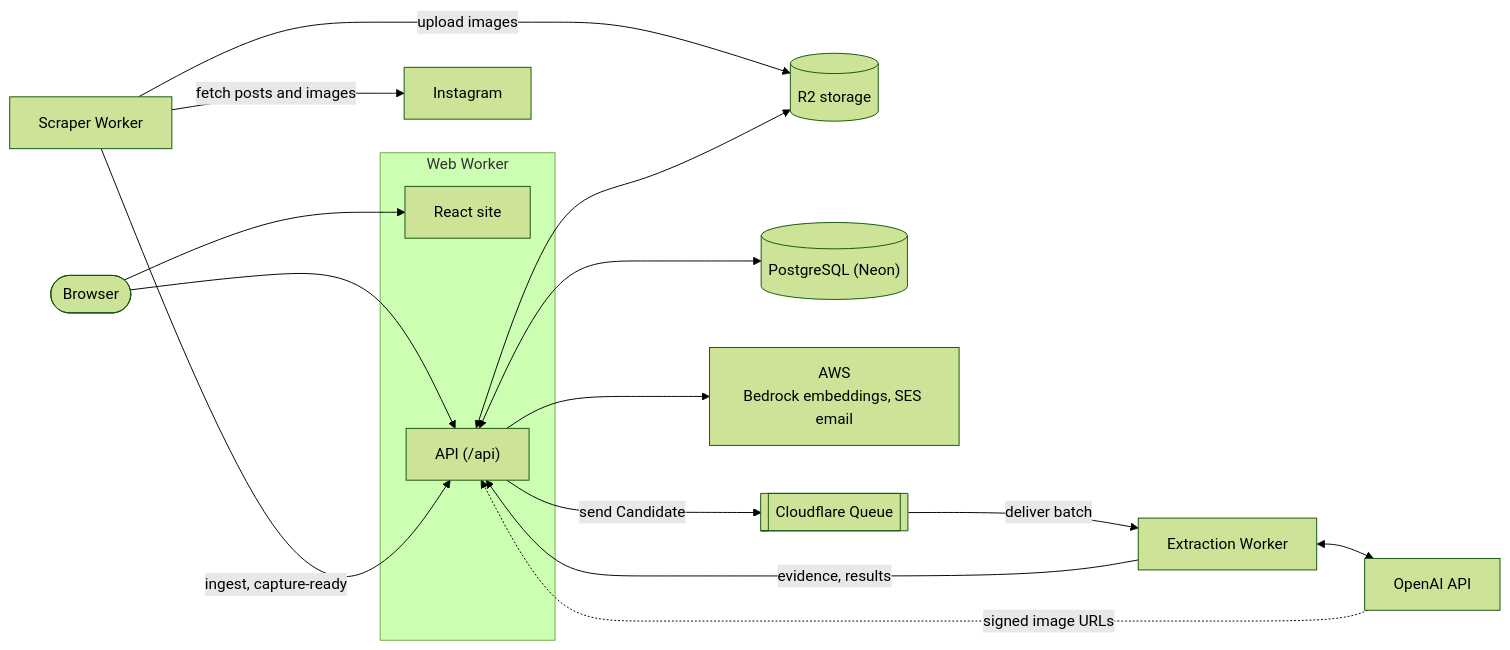
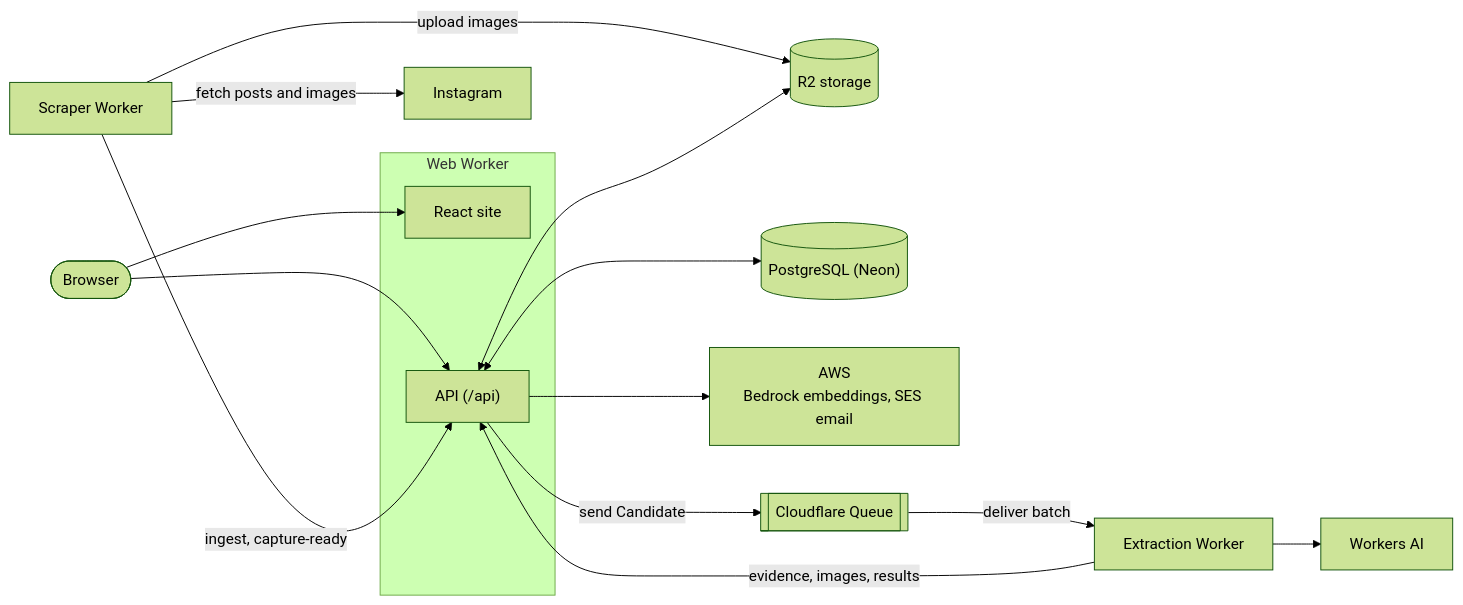
Before and after one commit to ubcdiscovery/ubc-discovery: the diagram in README.md, drawn with Mermaid (forest theme). The commit also changed other lines of this file and 15 other files, not shown here.

First line of the commit message:
Extract Candidates with Workers AI instead of OpenAI (#126)

````diff
--- a/README.md
+++ b/README.md
@@ -38,30 +38,29 @@
 ```mermaid
 flowchart LR
     Browser([Browser])
     Instagram[Instagram]
     Scraper[Scraper Worker]
     subgraph Web["Web Worker"]
         Site[React site]
         API["API (/api)"]
     end
     R2[(R2 storage)]
     DB[("PostgreSQL (Neon)")]
     AWS[AWS<br/>Bedrock embeddings, SES email]
     Queue[[Cloudflare Queue]]
     Extraction[Extraction Worker]
-    OpenAI[OpenAI API]
+    WorkersAI[Workers AI]
 
     Browser --> Site
     Browser --> API
     Scraper -->|fetch posts and images| Instagram
     Scraper -->|upload images| R2
     Scraper -->|ingest, capture-ready| API
     API <--> DB
     API <--> R2
     API --> AWS
     API -->|send Candidate| Queue
     Queue -->|deliver batch| Extraction
-    Extraction -->|evidence, results| API
-    Extraction <--> OpenAI
-    OpenAI -.->|signed image URLs| API
+    Extraction -->|evidence, images, results| API
+    Extraction --> WorkersAI
 ```
````
